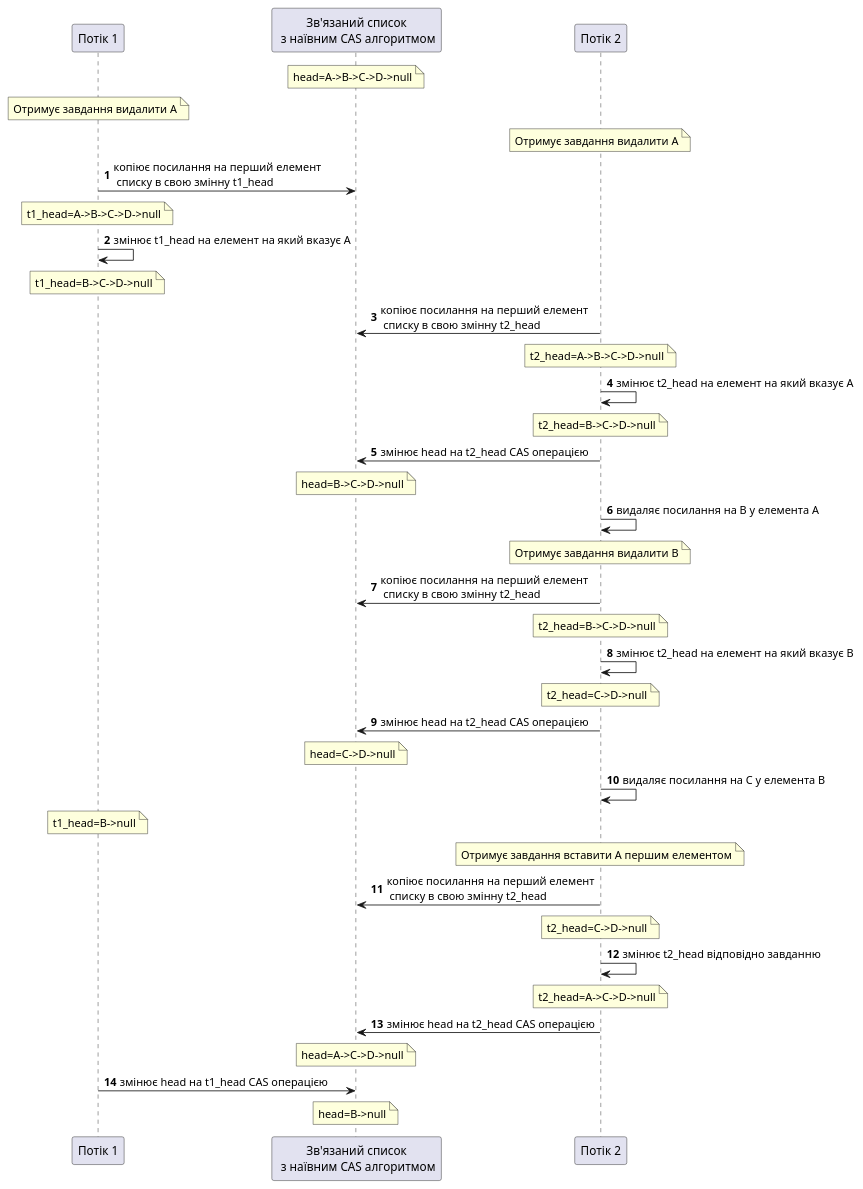
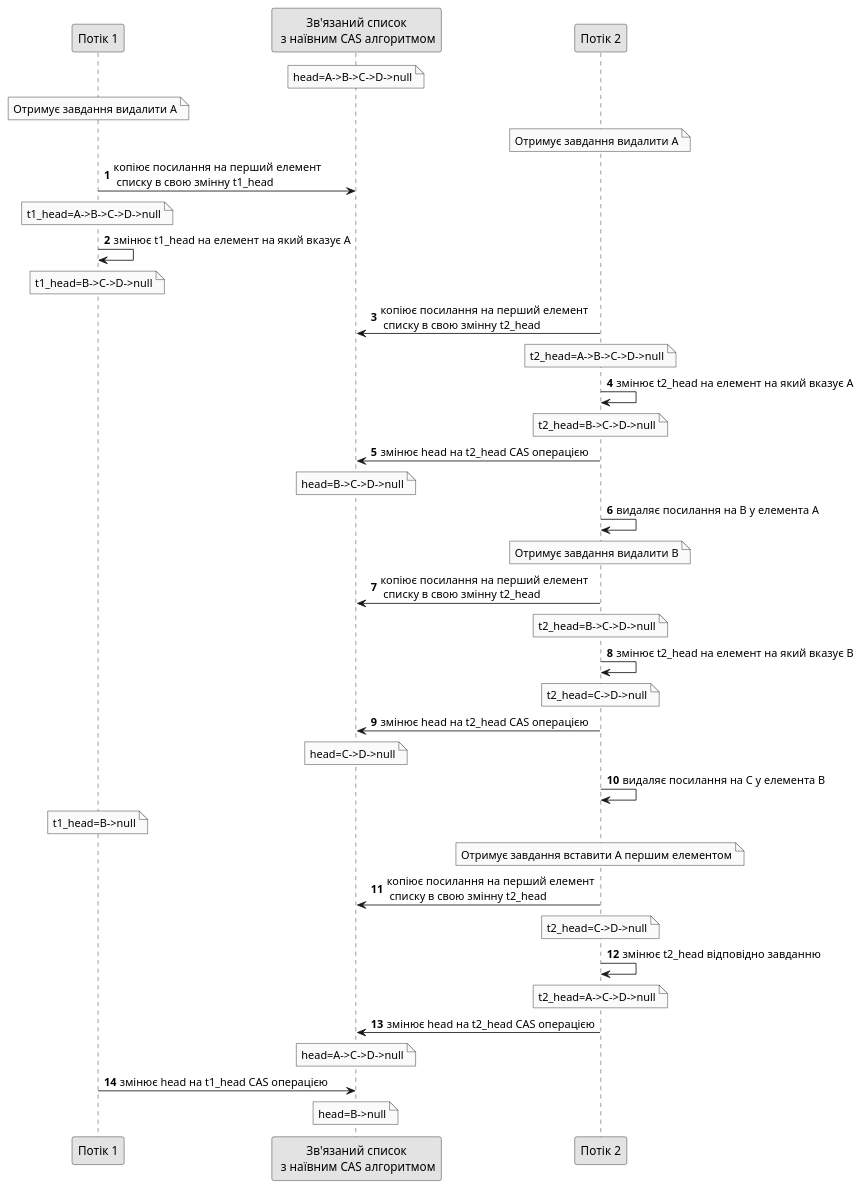
Before and after one commit to zakutok/notes: the second of 2 diagrams in src/multithreading/java/aba_problem/aba_problem.adoc, drawn with PlantUML.

```diff
--- a/src/multithreading/java/aba_problem/aba_problem.adoc
+++ b/src/multithreading/java/aba_problem/aba_problem.adoc
@@ -23,77 +23,78 @@
 [plantuml,target=aba_problem_in_naive_cas_alog_realization_sequence_diagram,format=svg]
 ----
 skinparam defaultFontName FONT_FIRA_MONO
+skinparam monochrome true
 autonumber
 participant t1 as "Потік 1"
 participant r as "Зв'язаний список\n з наївним CAS алгоритмом"
 participant t2 as "Потік 2"
 
 note over r
 head=A->B->C->D->null
 end note
 note over t1
 Отримує завдання видалити A
 end note
 note over t2
 Отримує завдання видалити A
 end note
 t1 -> r: копіює посилання на перший елемент\n списку в свою змінну t1_head
 note over t1
 t1_head=A->B->C->D->null
 end note
 t1 -> t1: змінює t1_head на елемент на який вказує A
 note over t1
 t1_head=B->C->D->null
 end note
 t2 -> r: копіює посилання на перший елемент\n списку в свою змінну t2_head
 note over t2
 t2_head=A->B->C->D->null
 end note
 t2 -> t2: змінює t2_head на елемент на який вказує A
 note over t2
 t2_head=B->C->D->null
 end note
 t2 -> r: змінює head на t2_head CAS операцією
 note over r
 head=B->C->D->null
 end note
 t2->t2: видаляє посилання на B у елемента A
 note over t2
 Отримує завдання видалити B
 end note
 t2 -> r: копіює посилання на перший елемент\n списку в свою змінну t2_head
 note over t2
 t2_head=B->C->D->null
 end note
 t2 -> t2: змінює t2_head на елемент на який вказує B
 note over t2
 t2_head=C->D->null
 end note
 t2 -> r: змінює head на t2_head CAS операцією
 note over r
 head=C->D->null
 end note
 t2->t2: видаляє посилання на C у елемента B
 note over t1
 t1_head=B->null
 end note
 note over t2
 Отримує завдання вставити A першим елементом
 end note
 t2 -> r: копіює посилання на перший елемент\n списку в свою змінну t2_head
 note over t2
 t2_head=C->D->null
 end note
 t2 -> t2: змінює t2_head відповідно завданню
 note over t2
 t2_head=A->C->D->null
 end note
 t2 -> r: змінює head на t2_head CAS операцією
 note over r
 head=A->C->D->null
 end note
 t1 -> r: змінює head на t1_head CAS операцією
 note over r
 head=B->null
 end note
 ----
```
